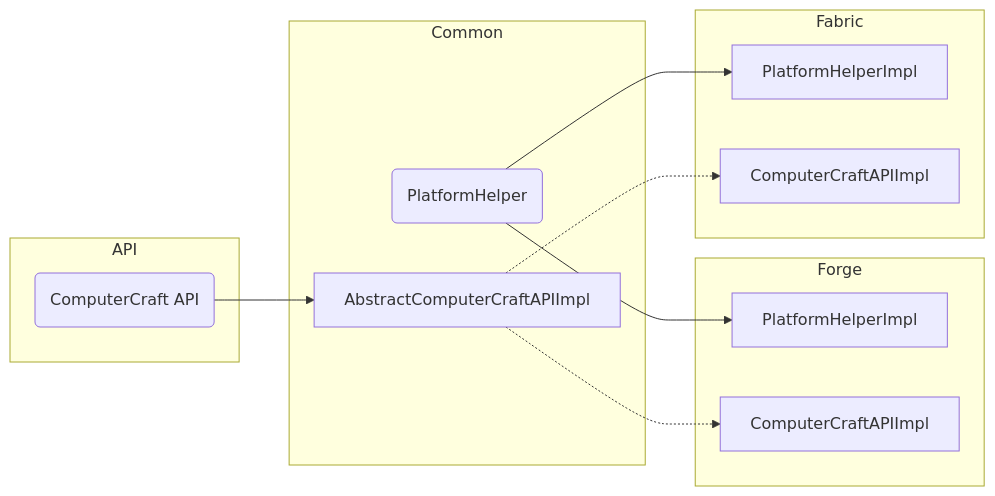
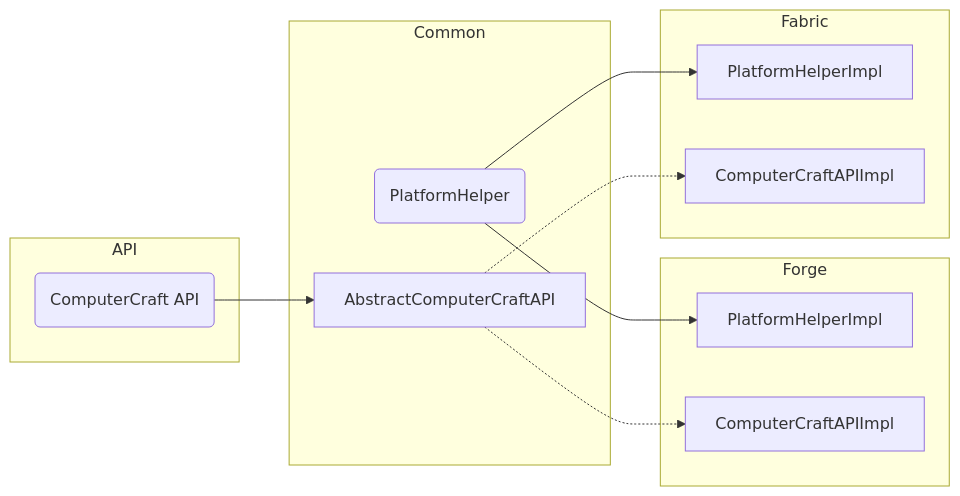
Before and after one commit to coding-1ab/modpack-season-2: the diagram in mods/CC-Tweaked/projects/ARCHITECTURE.md, drawn with Mermaid. The commit also changed other lines of this file, not shown here.

First line of the commit message:
Fix some typos in ARCHITECTURE.md

````diff
--- a/mods/CC-Tweaked/projects/ARCHITECTURE.md
+++ b/mods/CC-Tweaked/projects/ARCHITECTURE.md
@@ -30,18 +30,18 @@
 ```mermaid
 flowchart LR
 subgraph Common
     platform(PlatformHelper)
-    impl[AbstractComputerCraftAPIImpl]
+    impl[AbstractComputerCraftAPI]
 end
 subgraph API
     api(ComputerCraft API) --> impl
 end
 subgraph Forge[Forge]
     platform --> forgePlatform[PlatformHelperImpl]
     impl -.-> forgeImpl[ComputerCraftAPIImpl]
 end
 subgraph Fabric
     platform --> fabricPlatform[PlatformHelperImpl]
     impl -.-> fabricImpl[ComputerCraftAPIImpl]
 end
 ```
````
